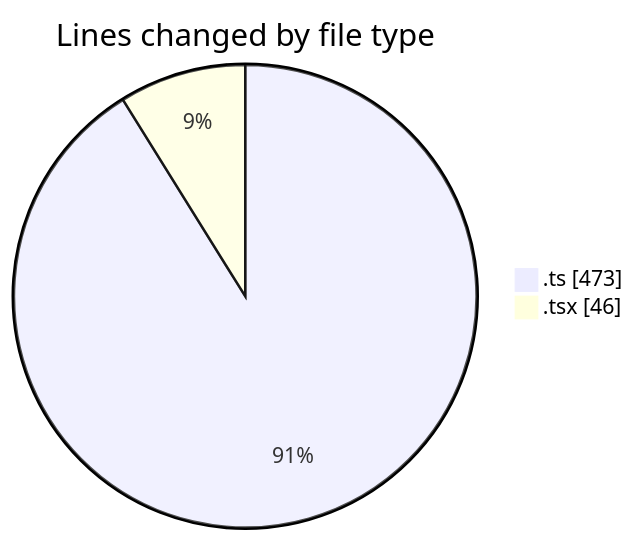
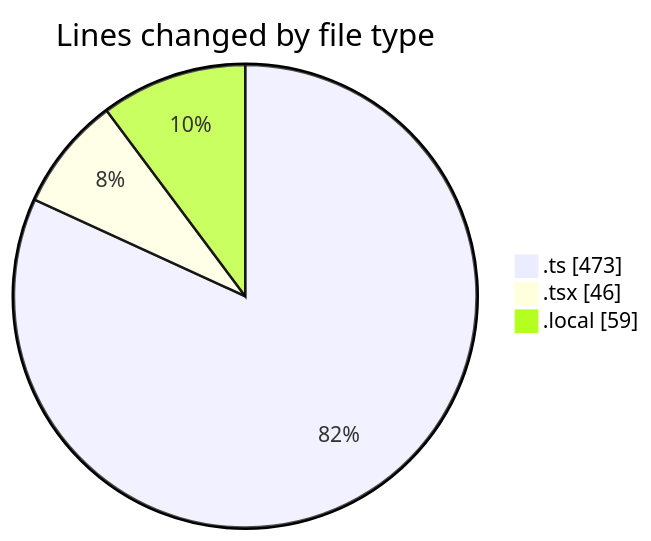
One commit to julien-gomy/code-tracking changed the first of 2 diagrams in 2025-11-26/eventscop-frontend-guide__workspace_/README.md. Above: the diagram before and after it, drawn with Mermaid. The commit also changed other lines of this file and 1 other file, not shown here.

````diff
--- a/2025-11-26/eventscop-frontend-guide__workspace_/README.md
+++ b/2025-11-26/eventscop-frontend-guide__workspace_/README.md
@@ -24,6 +25,7 @@
 ```mermaid
 pie showData
 title Lines changed by file type
 ".ts" : 473
 ".tsx" : 46
+".local" : 59
 ```
````
